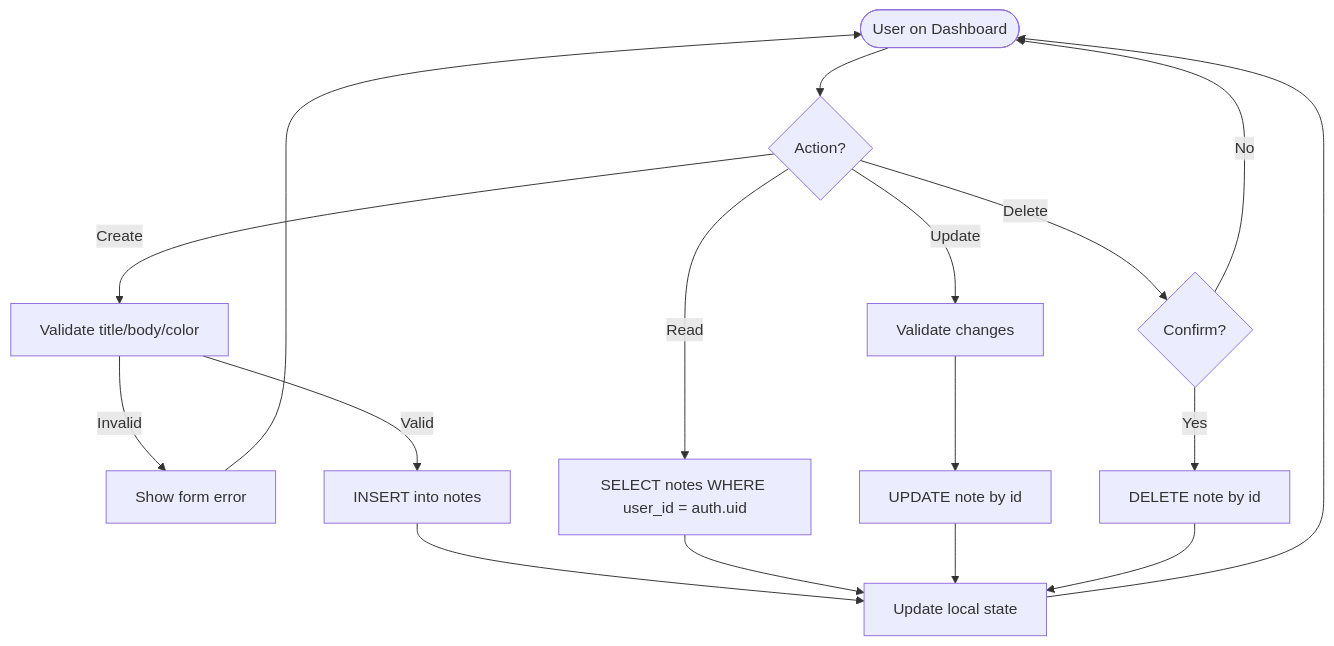
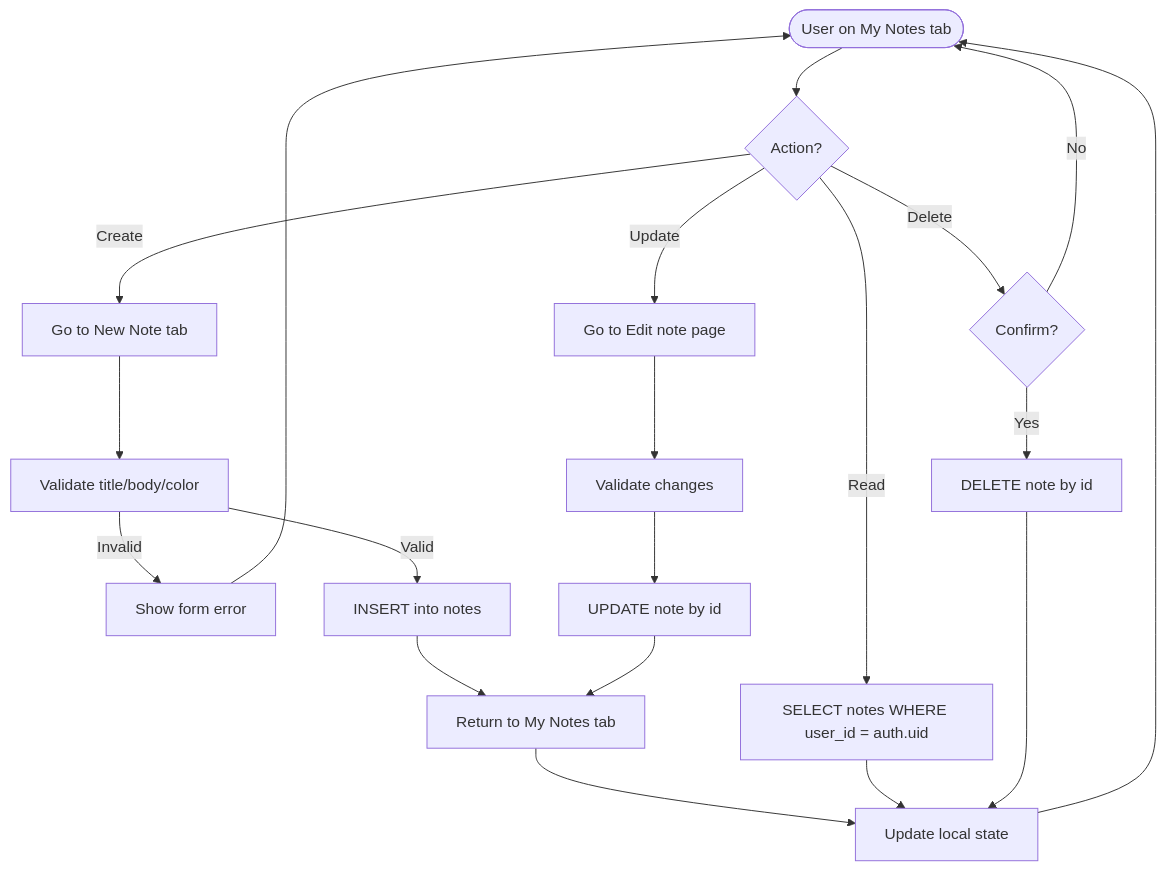
The third of 18 diagrams in DIAGRAMS.md (Angelica-Vides/Lumenote), drawn with Mermaid before and after one commit. The commit also changed other lines of this file and 4 other files, not shown here.

First line of the commit message:
docs: sync planning and diagrams with current app architecture

````diff
--- a/DIAGRAMS.md
+++ b/DIAGRAMS.md
@@ -68,19 +68,22 @@
 ```mermaid
 flowchart TD
-    START([User on Dashboard]) --> ACTION{Action?}
-    ACTION -->|Create| VAL1[Validate title/body/color]
+    START([User on My Notes tab]) --> ACTION{Action?}
+    ACTION -->|Create| NAV[Go to New Note tab]
+    NAV --> VAL1[Validate title/body/color]
     VAL1 -->|Invalid| ERR[Show form error]
     VAL1 -->|Valid| INS[INSERT into notes]
-    INS --> REFRESH[Update local state]
+    INS --> BACK[Return to My Notes tab]
+    BACK --> REFRESH[Update local state]
     ACTION -->|Read| SEL[SELECT notes WHERE user_id = auth.uid]
     SEL --> REFRESH
-    ACTION -->|Update| VAL2[Validate changes]
+    ACTION -->|Update| EDIT[Go to Edit note page]
+    EDIT --> VAL2[Validate changes]
     VAL2 --> UPD[UPDATE note by id]
-    UPD --> REFRESH
+    UPD --> BACK
     ACTION -->|Delete| CONF{Confirm?}
     CONF -- No --> START
     CONF -- Yes --> DEL[DELETE note by id]
     DEL --> REFRESH
     REFRESH --> START
     ERR --> START
 ```
````
